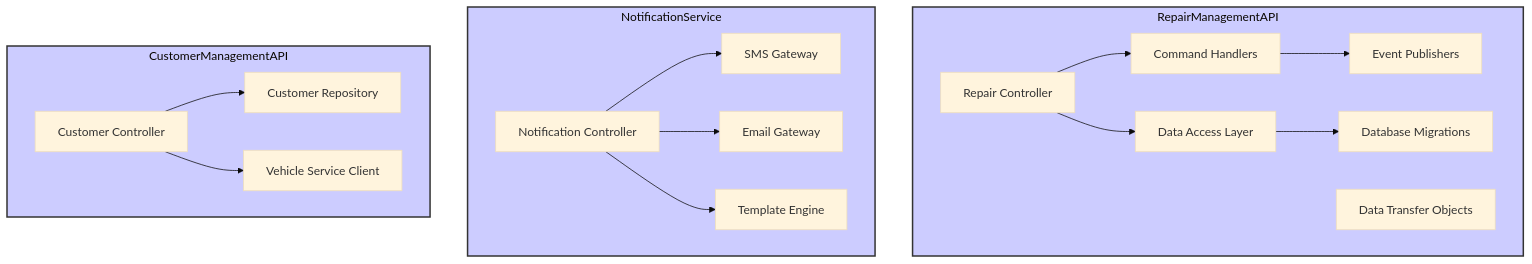
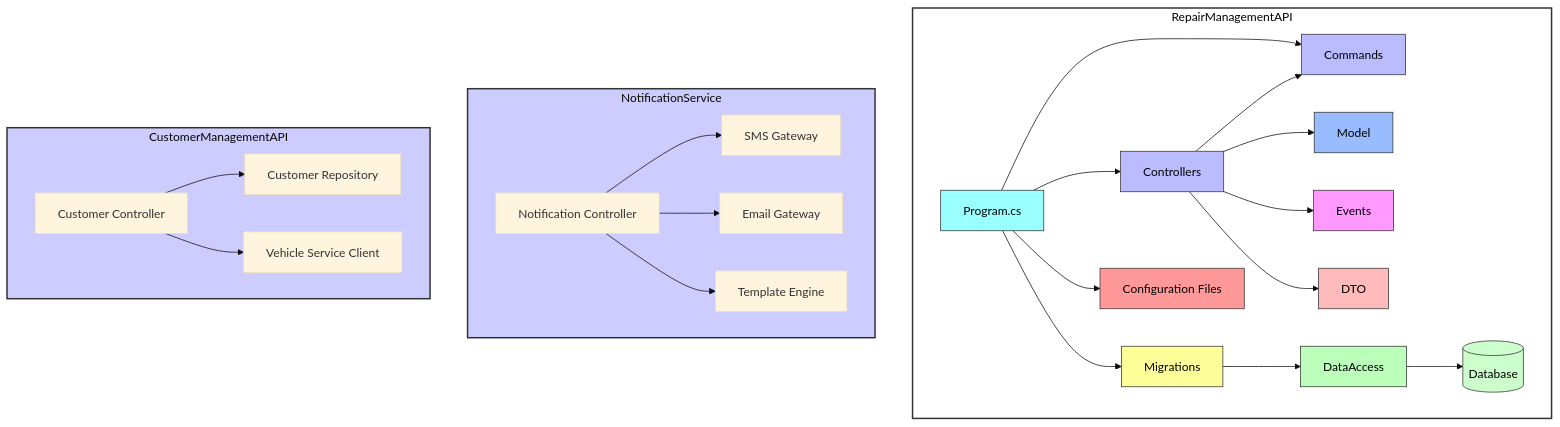
The third of 3 diagrams in src/pitstop-c4-model.md (hanaim-devops/pitstop-team-luna), drawn with Mermaid (base theme) before and after one commit.

Commit message:
c4 aanpassen

````diff
--- a/src/pitstop-c4-model.md
+++ b/src/pitstop-c4-model.md
@@ -65,41 +65,62 @@
 ```mermaid
 graph TD
     subgraph RepairManagementAPI
-        RepairController[Repair Controller]
-        Commands[Command Handlers]
-        DataAccess[Data Access Layer]
-        DTOs[Data Transfer Objects]
-        Events[Event Publishers]
-        Migrations[Database Migrations]
+        Controllers[Controllers]
+        Commands[Commands]
+        DataAccess[DataAccess]
+        DTO[DTO]
+        Events[Events]
+        Migrations[Migrations]
+        Model[Model]
+        Configuration[Configuration Files]
+        Program[Program.cs]
+        Database[(Database)]
+        
+        Program --> Controllers
+        Program --> Commands
+        Program --> Migrations
+        Program --> Configuration
+        Controllers --> Commands
+        Controllers --> Model
+        Controllers --> Events
+        Controllers --> DTO
+        Migrations --> DataAccess
+        DataAccess --> Database
 
-        RepairController --> Commands
-        RepairController --> DataAccess
-        Commands --> Events
-        DataAccess --> Migrations
     end
 
     subgraph NotificationService
         NotificationController[Notification Controller]
         SMSGateway[SMS Gateway]
         EmailGateway[Email Gateway]
         TemplateEngine[Template Engine]
 
         NotificationController --> SMSGateway
         NotificationController --> EmailGateway
         NotificationController --> TemplateEngine
     end
 
     subgraph CustomerManagementAPI
         CustomerController[Customer Controller]
         CustomerRepository[Customer Repository]
         VehicleServiceClient[Vehicle Service Client]
         
         CustomerController --> CustomerRepository
         CustomerController --> VehicleServiceClient
     end
 
-    style RepairManagementAPI fill:#ccf,stroke:#333,stroke-width:2px
+    style RepairManagementAPI fill:#fff,stroke:#333,stroke-width:2px,color:#000000
+    style Controllers fill:#bbf,stroke:#333,stroke-width:1px,color:#000000
+    style Commands fill:#bbf,stroke:#333,stroke-width:1px,color:#000000
+    style DataAccess fill:#bfb,stroke:#333,stroke-width:1px,color:#000000
+    style DTO fill:#fbb,stroke:#333,stroke-width:1px,color:#000000
+    style Events fill:#f9f,stroke:#333,stroke-width:1px,color:#000000
+    style Migrations fill:#ff9,stroke:#333,stroke-width:1px,color:#000000
+    style Model fill:#9bf,stroke:#333,stroke-width:1px,color:#000000
+    style Configuration fill:#f99,stroke:#333,stroke-width:1px,color:#000000
+    style Program fill:#9ff,stroke:#333,stroke-width:1px,color:#000000
+    style Database fill:#cfc,stroke:#333,stroke-width:1px,color:#000000
     style NotificationService fill:#ccf,stroke:#333,stroke-width:2px
     style CustomerManagementAPI fill:#ccf,stroke:#333,stroke-width:2px
 
 ```
````
